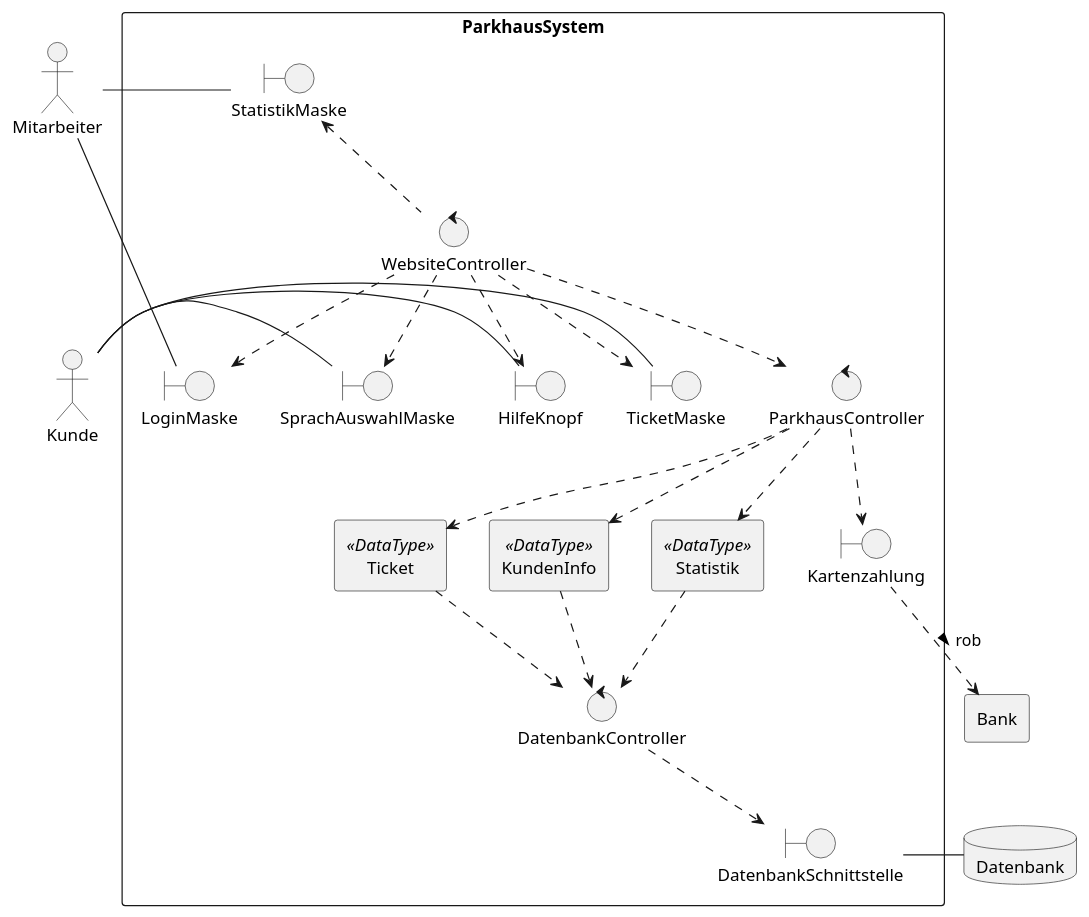
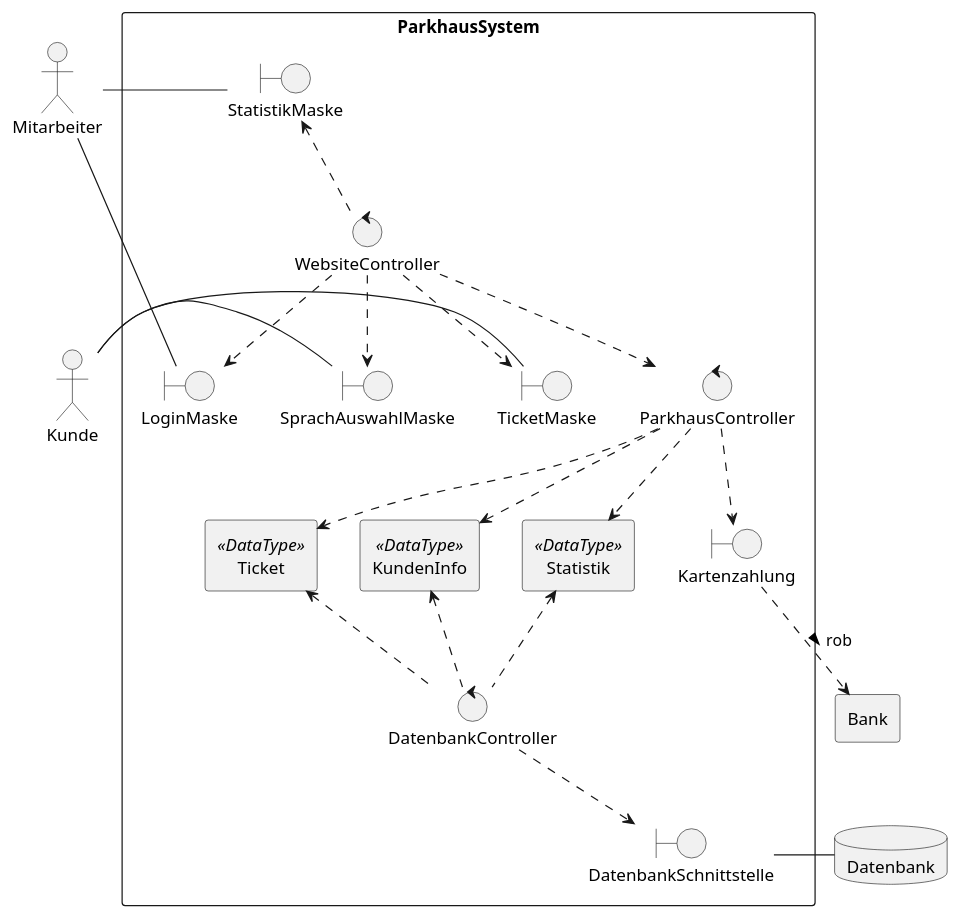
Before and after one commit to SilverLous/Software-EngineeringProject: the diagram in src/main/UML/5.2.1_Robustheitsanalyse.puml, drawn with PlantUML.

Commit message:
add(changes suggested in lection)

```diff
--- a/src/main/UML/5.2.1_Robustheitsanalyse.puml
+++ b/src/main/UML/5.2.1_Robustheitsanalyse.puml
@@ -1,57 +1,57 @@
 @startuml
 
 actor Kunde
 actor Mitarbeiter
 rectangle Bank
 database Datenbank
 
 rectangle ParkhausSystem {
 
   agent Ticket <<DataType>>
   agent KundenInfo <<DataType>>
   agent Statistik <<DataType>>
 
   boundary TicketMaske
   boundary SprachAuswahlMaske
   boundary DatenbankSchnittstelle
   boundary Kartenzahlung
   boundary LoginMaske
   boundary StatistikMaske
 
-  boundary HilfeKnopf
 
   control ParkhausController
   control DatenbankController
   control WebsiteController
 
   LoginMaske -left- Mitarbeiter
   StatistikMaske -left- Mitarbeiter
 
   SprachAuswahlMaske -left- Kunde
-  HilfeKnopf -left- Kunde
+
   TicketMaske -left- Kunde
-
 
 
 
   Datenbank  -left- DatenbankSchnittstelle
 
 
   ParkhausController ..> KundenInfo
-  KundenInfo ..> DatenbankController
+  KundenInfo <.. DatenbankController
   ParkhausController ..> Ticket
-  Ticket ..> DatenbankController
+  Ticket <.. DatenbankController
+  Statistik <.. DatenbankController
+  ParkhausController ..> Statistik
 
-  WebsiteController ..> HilfeKnopf
+
   ParkhausController ..> Kartenzahlung
   Kartenzahlung ..> Bank: "rob >"
   WebsiteController ..> ParkhausController
   DatenbankController ..> DatenbankSchnittstelle
-  ParkhausController ..> Statistik
-  Statistik ..> DatenbankController
+
+
   WebsiteController ..> LoginMaske
   WebsiteController ..>SprachAuswahlMaske
   WebsiteController ..> TicketMaske
   StatistikMaske <.. WebsiteController
 }
 @enduml
```
